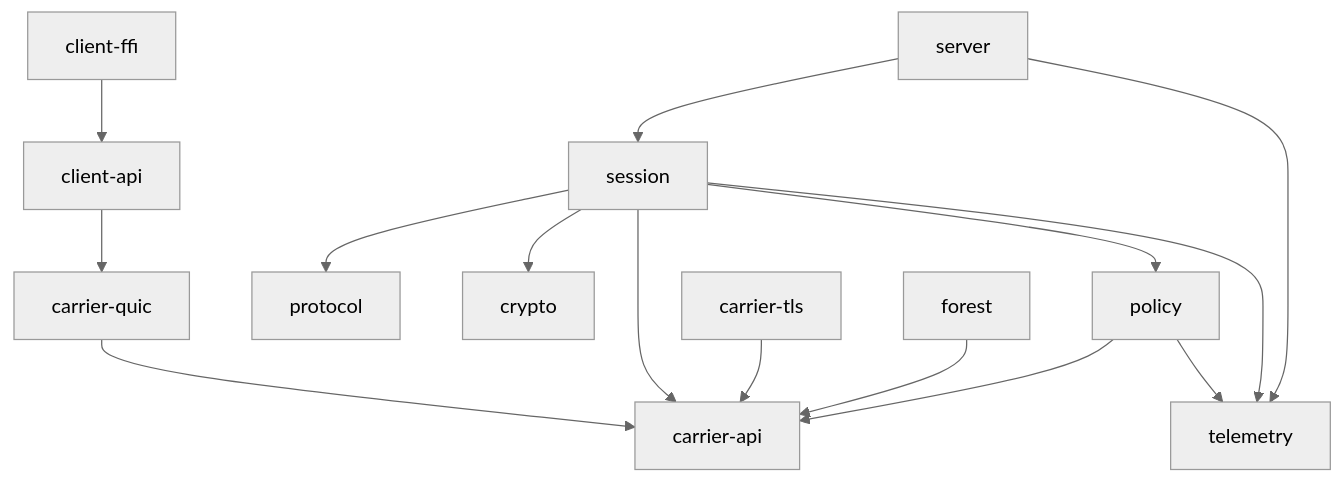
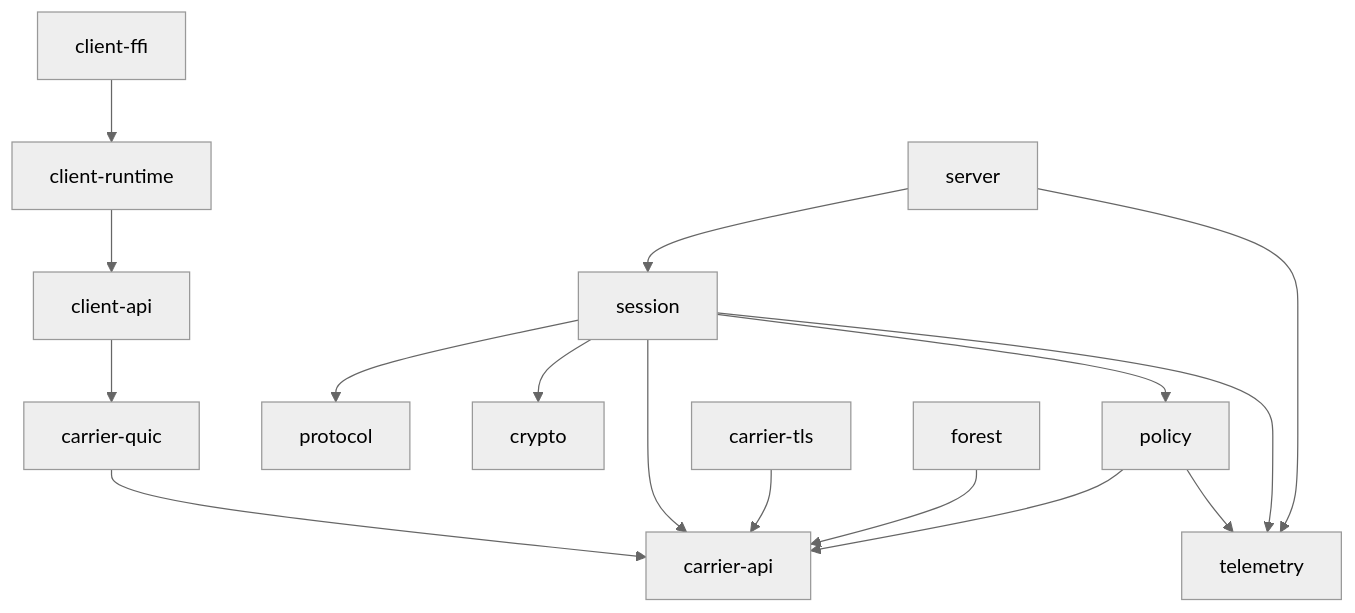
Before and after one commit to viloris-org/Velum: the second of 4 diagrams in docs/architecture.md, drawn with Mermaid (neutral theme). The commit also changed other lines of this file and 89 other files, not shown here.

Commit message:
feat(client): add managed runtime and platform adapters

````diff
--- a/docs/architecture.md
+++ b/docs/architecture.md
@@ -47,17 +51,18 @@
 ```mermaid
 flowchart TD
-    client-ffi --> client-api
+    client-ffi --> client-runtime
+    client-runtime --> client-api
     client-api --> carrier-quic
     server --> session
     session --> protocol
     session --> crypto
     session --> carrier-api
     policy --> carrier-api
     session --> policy
     carrier-quic --> carrier-api
     carrier-tls --> carrier-api
     forest --> carrier-api
     server --> telemetry
     session --> telemetry
     policy --> telemetry
 ```
````
